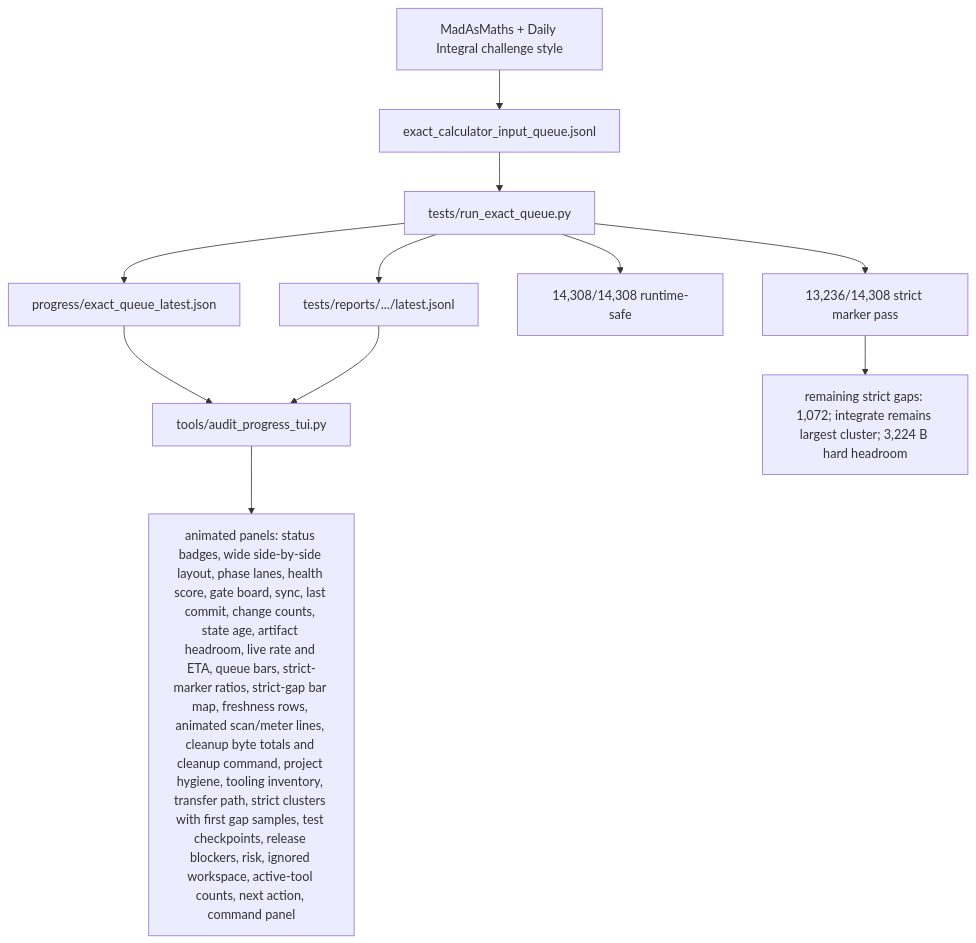
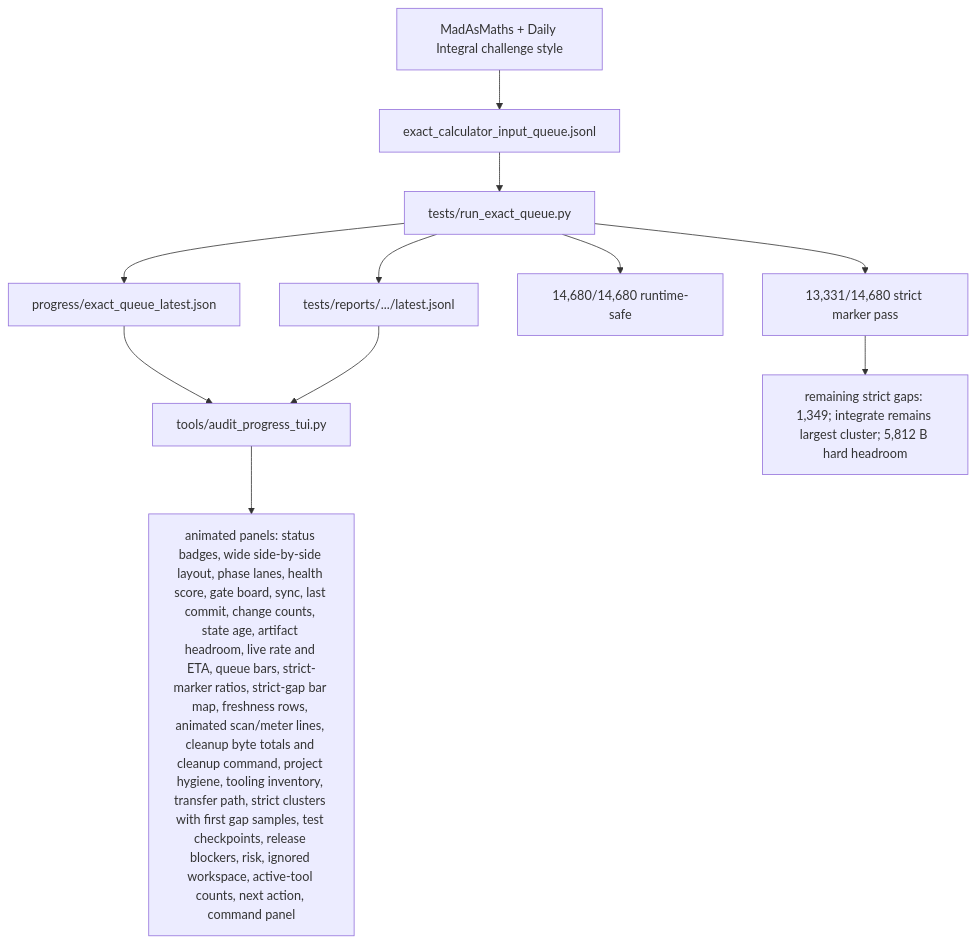
Before and after one commit to james8464/notes-addin-casio-fx-cg50: the fifth of 6 diagrams in docs/GRAPH.md, drawn with Mermaid. The commit also changed other lines of this file and 5 other files, not shown here.

````diff
--- a/docs/GRAPH.md
+++ b/docs/GRAPH.md
@@ -66,13 +66,13 @@
 ```mermaid
 graph TD
   Online["MadAsMaths + Daily Integral challenge style"] --> Queue["exact_calculator_input_queue.jsonl"]
   Queue --> Runner["tests/run_exact_queue.py"]
   Runner --> Live["progress/exact_queue_latest.json"]
   Runner --> Report["tests/reports/.../latest.jsonl"]
   Live --> TUI["tools/audit_progress_tui.py"]
   Report --> TUI
   TUI --> Panels["animated panels: status badges, wide side-by-side layout, phase lanes, health score, gate board, sync, last commit, change counts, state age, artifact headroom, live rate and ETA, queue bars, strict-marker ratios, strict-gap bar map, freshness rows, animated scan/meter lines, cleanup byte totals and cleanup command, project hygiene, tooling inventory, transfer path, strict clusters with first gap samples, test checkpoints, release blockers, risk, ignored workspace, active-tool counts, next action, command panel"]
-  Runner --> Runtime["14,308/14,308 runtime-safe"]
-  Runner --> Strict["13,236/14,308 strict marker pass"]
-  Strict --> Remaining["remaining strict gaps: 1,072; integrate remains largest cluster; 3,224 B hard headroom"]
+  Runner --> Runtime["14,680/14,680 runtime-safe"]
+  Runner --> Strict["13,331/14,680 strict marker pass"]
+  Strict --> Remaining["remaining strict gaps: 1,349; integrate remains largest cluster; 5,812 B hard headroom"]
 ```
````
